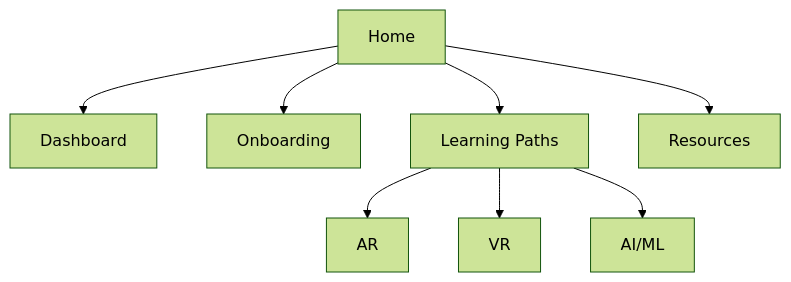
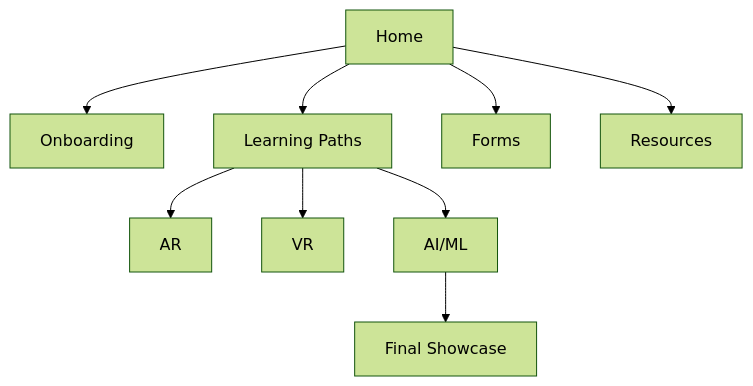
The diagram in site/docs/index.md (Lavanya-D19/Learning-Paths), drawn with Mermaid (forest theme) before and after one commit. The commit also changed other lines of this file and 2 other files, not shown here.

````diff
--- a/site/docs/index.md
+++ b/site/docs/index.md
@@ -44,10 +50,11 @@
 ```mermaid
 flowchart TD
-  A[Home] --> B[Dashboard]
-  A --> C[Onboarding]
-  A --> D[Learning Paths]
-  D --> E[AR]
-  D --> F[VR]
-  D --> G[AI/ML]
+  A[Home] --> B[Onboarding]
+  A --> C[Learning Paths]
+  C --> D[AR]
+  C --> E[VR]
+  C --> F[AI/ML]
+  A --> G[Forms]
   A --> H[Resources]
+  F --> I[Final Showcase]
 ```
````
